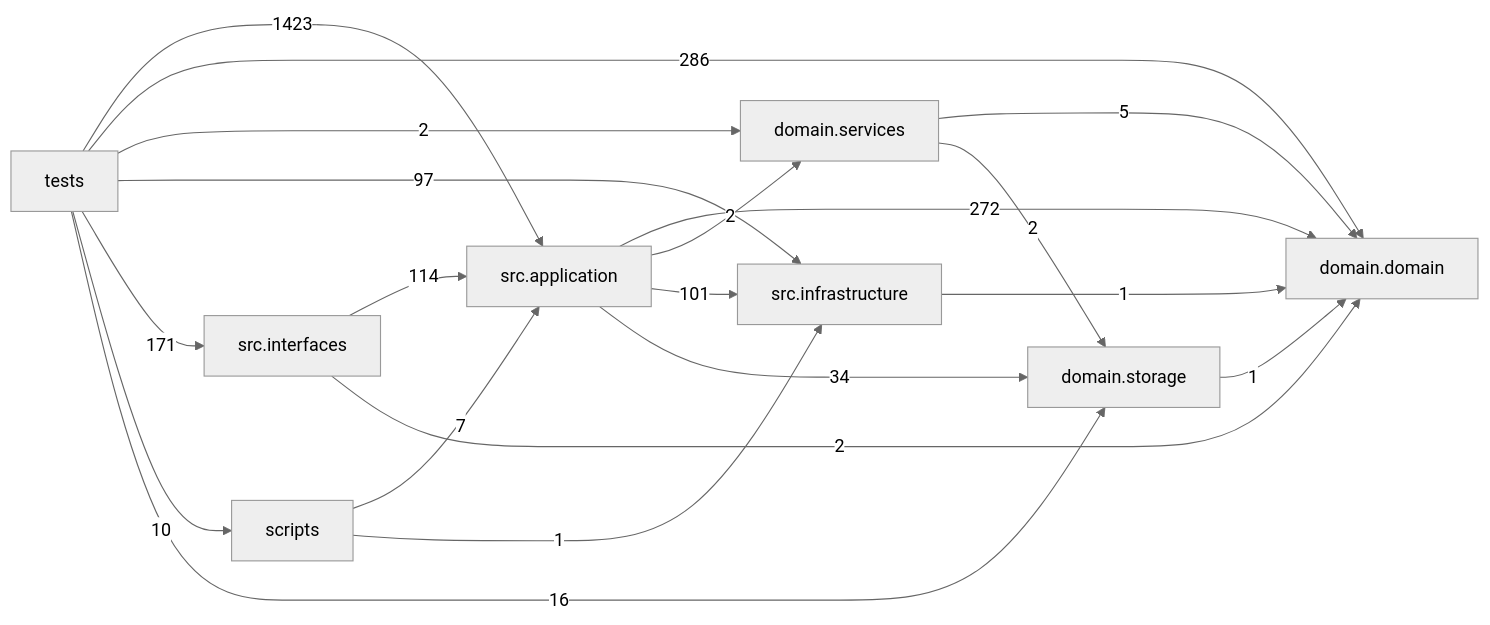
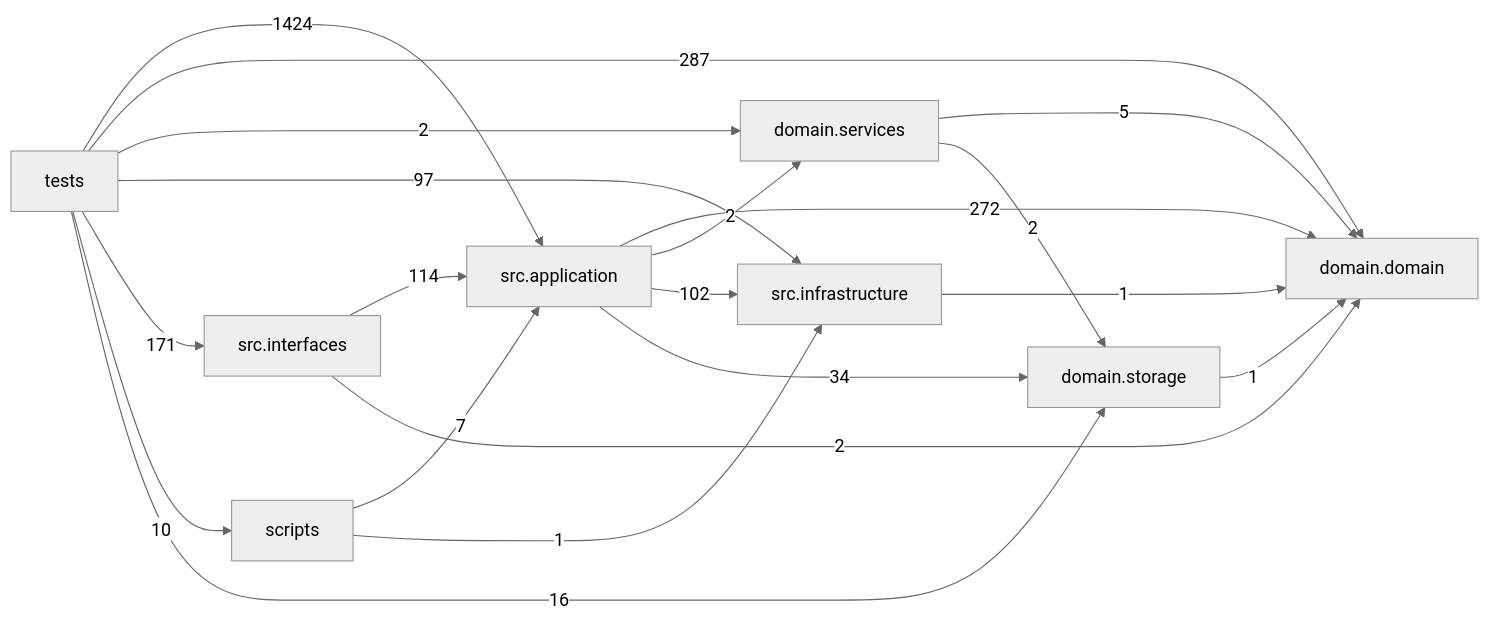
Before and after one commit to liuxie066/options-monitor: the diagram in docs/DEPENDENCY_GRAPH.md, drawn with Mermaid (neutral theme). The commit also changed other lines of this file and 11 other files, not shown here.

````diff
--- a/docs/DEPENDENCY_GRAPH.md
+++ b/docs/DEPENDENCY_GRAPH.md
@@ -24,30 +24,30 @@
 ```mermaid
 flowchart LR
   tests["tests"]
   scripts["scripts"]
   interfaces["src.interfaces"]
   application["src.application"]
   infrastructure["src.infrastructure"]
   domain_services["domain.services"]
   domain["domain.domain"]
   storage["domain.storage"]
   application -->|272| domain
   application -->|2| domain_services
-  application -->|101| infrastructure
+  application -->|102| infrastructure
   application -->|34| storage
   domain_services -->|5| domain
   domain_services -->|2| storage
   infrastructure -->|1| domain
   interfaces -->|114| application
   interfaces -->|2| domain
   scripts -->|7| application
   scripts -->|1| infrastructure
   storage -->|1| domain
-  tests -->|1423| application
-  tests -->|286| domain
+  tests -->|1424| application
+  tests -->|287| domain
   tests -->|2| domain_services
   tests -->|97| infrastructure
   tests -->|171| interfaces
   tests -->|10| scripts
   tests -->|16| storage
 ```
````
